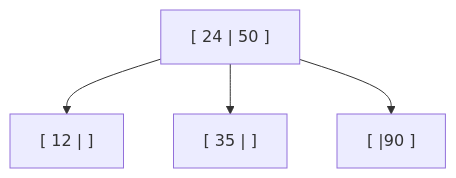
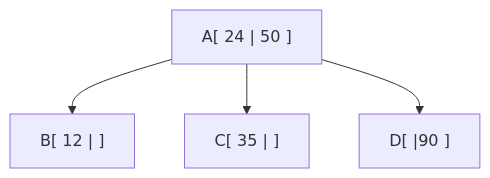
Before and after one commit to IvasiutaM/Algoritmos-II-Consulta: the seventh of 10 diagrams in Unidad 6 Estructuras de Datos no lineales/Árboles2-3.md, drawn with Mermaid. The commit also changed other lines of this file, not shown here.

````diff
--- a/Unidad 6 Estructuras de Datos no lineales/Árboles2-3.md
+++ b/Unidad 6 Estructuras de Datos no lineales/Árboles2-3.md
@@ -58,11 +58,11 @@
 ```mermaid
 graph TD
-    A["[ 24 | 50 ]"]
-    B["[ 12 |  ]"]
-    C["[ 35 |  ]"]
-    D["[ |90 ]"]
+    A["A[ 24 | 50 ]"]
+    B["B[ 12 |  ]"]
+    C["C[ 35 |  ]"]
+    D["D[ |90 ]"]
 
     A --> B
     A --> C
     A --> D
 ```
````
